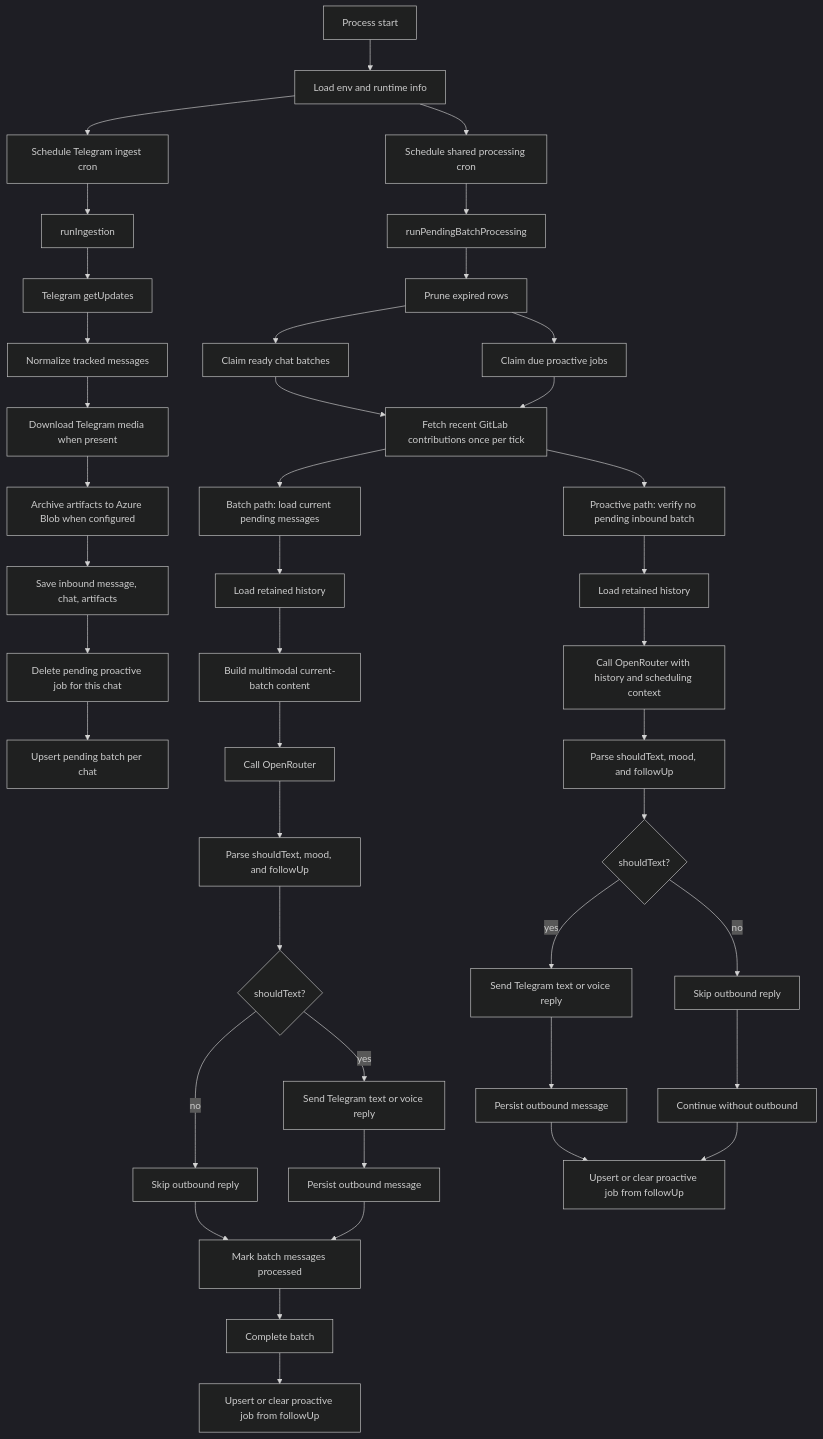
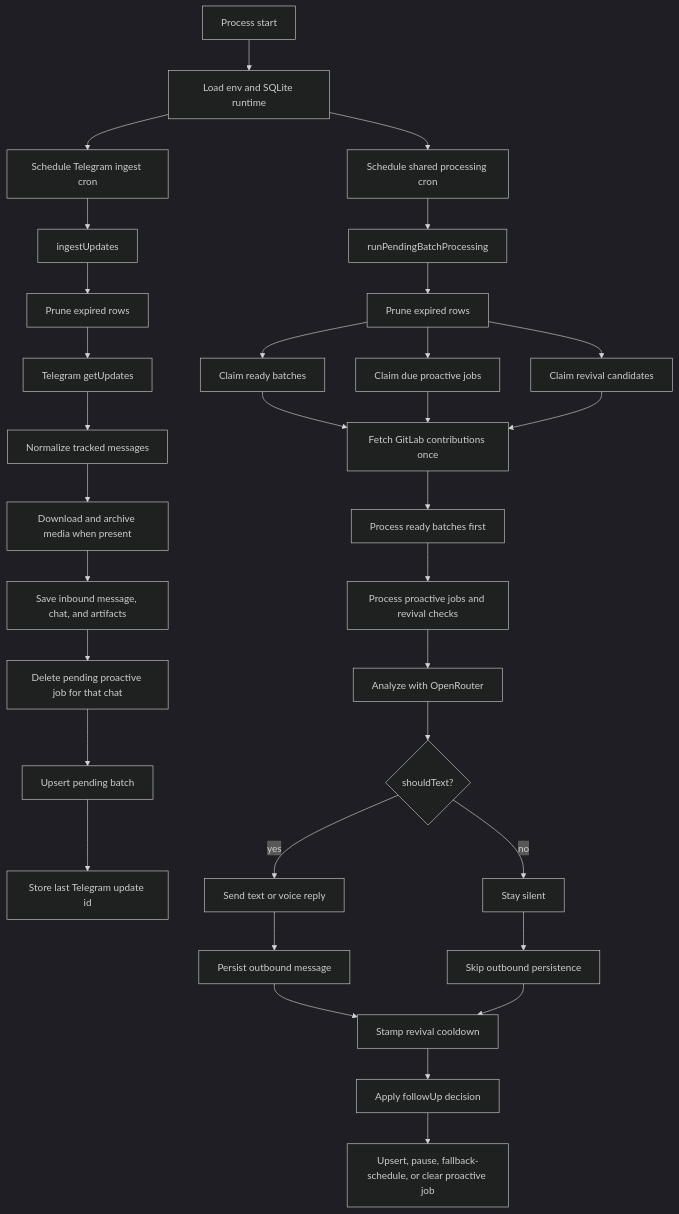
Before and after one commit to neos1803/personal-telegram-bot: the diagram in SYSTEM_FLOW.md, drawn with Mermaid (dark theme). The commit also changed other lines of this file and 4 other files, not shown here.

First line of the commit message:
feat: implement revival proactive job handling and enhancements

````diff
--- a/SYSTEM_FLOW.md
+++ b/SYSTEM_FLOW.md
@@ -22,48 +18,37 @@
 ```mermaid
 flowchart TD
-    A[Process start] --> B[Load env and runtime info]
+    A[Process start] --> B[Load env and SQLite runtime]
     B --> C[Schedule Telegram ingest cron]
     B --> D[Schedule shared processing cron]
 
-    C --> E[runIngestion]
-    E --> F[Telegram getUpdates]
-    F --> G[Normalize tracked messages]
-    G --> H[Download Telegram media when present]
-    H --> I[Archive artifacts to Azure Blob when configured]
-    I --> J[Save inbound message, chat, artifacts]
-    J --> K[Delete pending proactive job for this chat]
-    K --> L[Upsert pending batch per chat]
+    C --> E[ingestUpdates]
+    E --> F[Prune expired rows]
+    F --> G[Telegram getUpdates]
+    G --> H[Normalize tracked messages]
+    H --> I[Download and archive media when present]
+    I --> J[Save inbound message, chat, and artifacts]
+    J --> K[Delete pending proactive job for that chat]
+    K --> L[Upsert pending batch]
+    L --> M[Store last Telegram update id]
 
-    D --> M[runPendingBatchProcessing]
-    M --> N[Prune expired rows]
-    N --> O[Claim ready chat batches]
-    N --> P[Claim due proactive jobs]
-    O --> Q[Fetch recent GitLab contributions once per tick]
-    P --> Q
-
-    Q --> R[Batch path: load current pending messages]
-    R --> S[Load retained history]
-    S --> T[Build multimodal current-batch content]
-    T --> U[Call OpenRouter]
-    U --> V[Parse shouldText, mood, and followUp]
+    D --> N[runPendingBatchProcessing]
+    N --> O[Prune expired rows]
+    O --> P[Claim ready batches]
+    O --> Q[Claim due proactive jobs]
+    O --> R[Claim revival candidates]
+    P --> S[Fetch GitLab contributions once]
+    Q --> S
+    R --> S
+    S --> T[Process ready batches first]
+    T --> U[Process proactive jobs and revival checks]
+    U --> V[Analyze with OpenRouter]
     V --> W{shouldText?}
-    W -->|yes| X[Send Telegram text or voice reply]
-    W -->|no| Y[Skip outbound reply]
+    W -->|yes| X[Send text or voice reply]
+    W -->|no| Y[Stay silent]
     X --> Z[Persist outbound message]
-    Y --> AA[Mark batch messages processed]
-    Z --> AA
-    AA --> AB[Complete batch]
-    AB --> AC[Upsert or clear proactive job from followUp]
-
-    Q --> AD[Proactive path: verify no pending inbound batch]
-    AD --> AE[Load retained history]
-    AE --> AF[Call OpenRouter with history and scheduling context]
-    AF --> AG[Parse shouldText, mood, and followUp]
-    AG --> AH{shouldText?}
-    AH -->|yes| AI[Send Telegram text or voice reply]
-    AH -->|no| AJ[Skip outbound reply]
-    AI --> AK[Persist outbound message]
-    AJ --> AL[Continue without outbound]
-    AK --> AM[Upsert or clear proactive job from followUp]
-    AL --> AM
+    Y --> AA[Skip outbound persistence]
+    Z --> AB[Stamp revival cooldown]
+    AA --> AB
+    AB --> AC[Apply followUp decision]
+    AC --> AD[Upsert, pause, fallback-schedule, or clear proactive job]
 ```
````
